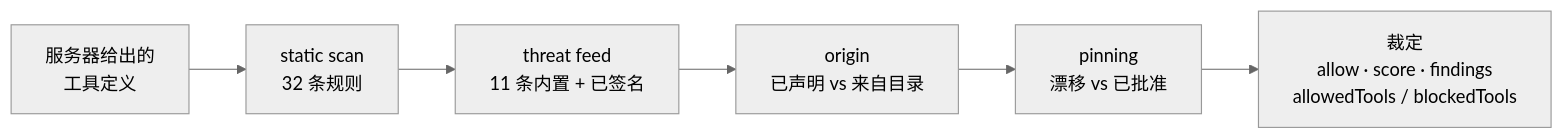
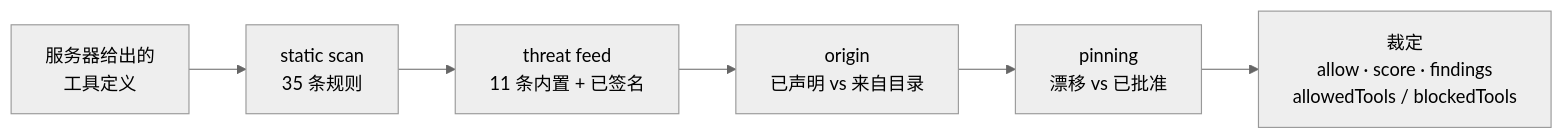
One commit to alexar76/warden changed the diagram in README-zh.md. Above: the diagram before and after it, drawn with Mermaid (neutral theme). The commit also changed other lines of this file and 52 other files, not shown here.

````diff
--- a/README-zh.md
+++ b/README-zh.md
@@ -191,8 +191,8 @@
 ```mermaid
 flowchart LR
-  T["服务器给出的<br/>工具定义"] --> S["static scan<br/>32 条规则"]
+  T["服务器给出的<br/>工具定义"] --> S["static scan<br/>35 条规则"]
   S --> F["threat feed<br/>11 条内置 + 已签名"]
   F --> O["origin<br/>已声明 vs 来自目录"]
   O --> P["pinning<br/>漂移 vs 已批准"]
   P --> V["裁定<br/>allow · score · findings<br/>allowedTools / blockedTools"]
 ```
````
